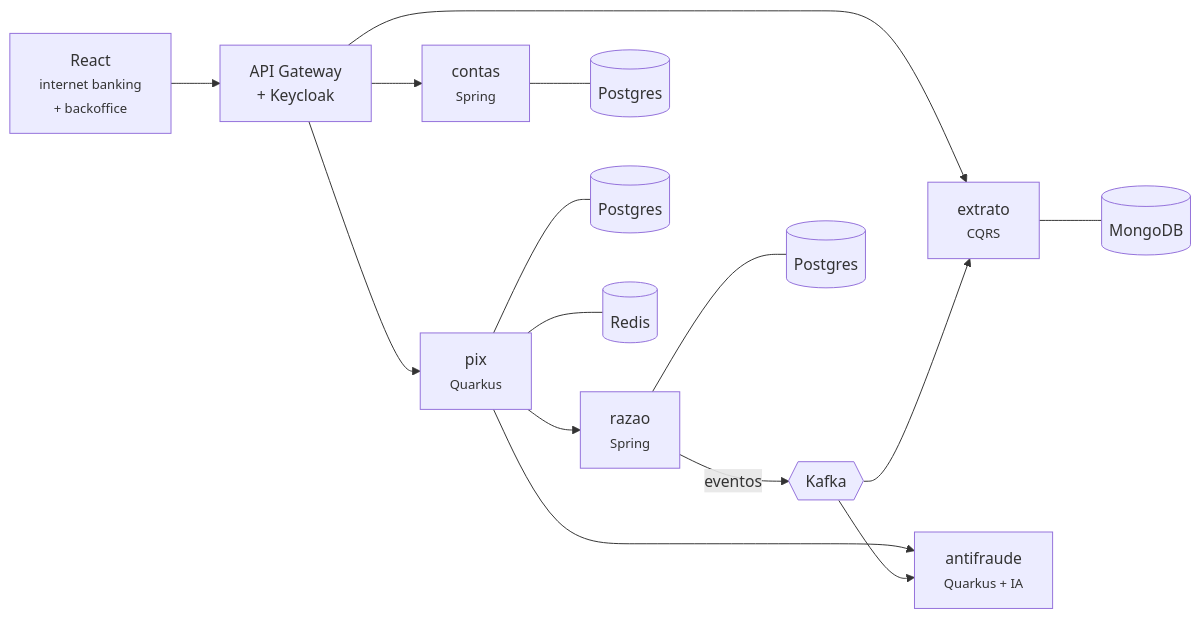
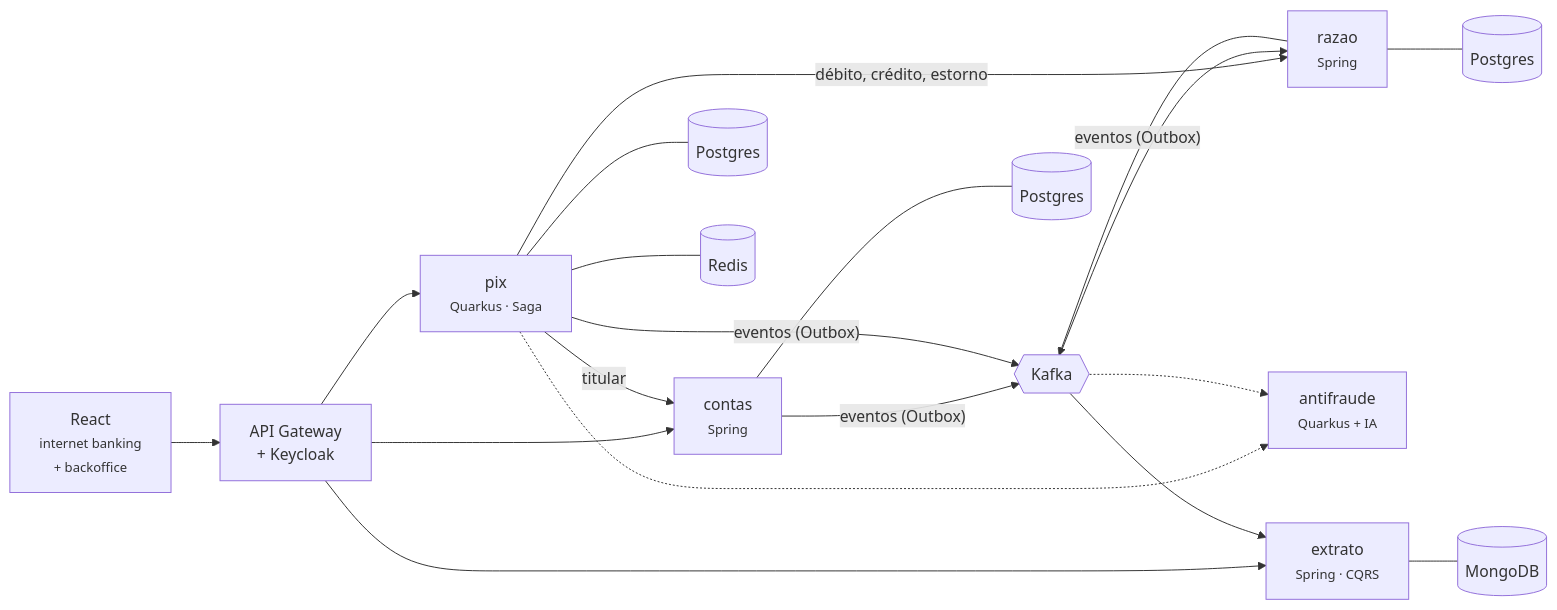
The diagram in README.md (alanjoffre/ledgerly-bank), drawn with Mermaid before and after one commit. The commit also changed other lines of this file and 13 other files, not shown here.

````diff
--- a/README.md
+++ b/README.md
@@ -49,13 +50,15 @@
 ```mermaid
 flowchart LR
     web["React<br/><small>internet banking<br/>+ backoffice</small>"] --> gw["API Gateway<br/>+ Keycloak"]
-    gw --> contas["contas<br/><small>Spring</small>"] & pix["pix<br/><small>Quarkus</small>"] & extrato["extrato<br/><small>CQRS</small>"]
-    pix --> antifraude["antifraude<br/><small>Quarkus + IA</small>"]
-    pix --> razao["razao<br/><small>Spring</small>"]
-    razao -- eventos --> kafka{{Kafka}}
-    kafka --> extrato & antifraude
+    gw --> contas["contas<br/><small>Spring</small>"] & pix["pix<br/><small>Quarkus · Saga</small>"] & extrato["extrato<br/><small>Spring · CQRS</small>"]
+    pix -.-> antifraude["antifraude<br/><small>Quarkus + IA</small>"]
+    pix -- "débito, crédito, estorno" --> razao["razao<br/><small>Spring</small>"]
+    pix -- titular --> contas
+    contas & razao & pix -- "eventos (Outbox)" --> kafka{{Kafka}}
+    kafka --> razao & extrato
+    kafka -.-> antifraude
     contas --- pg1[(Postgres)]
     razao --- pg2[(Postgres)]
     pix --- pg3[(Postgres)] & redis[(Redis)]
     extrato --- mongo[(MongoDB)]
 ```
````
